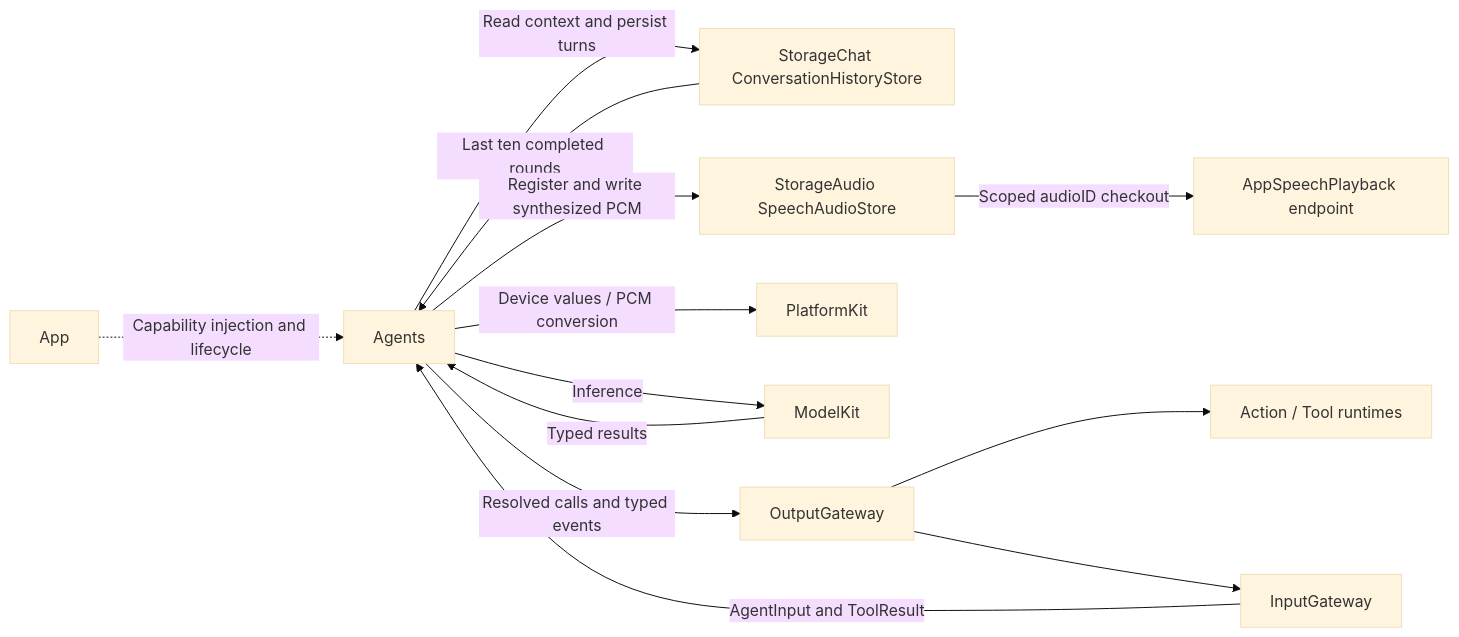
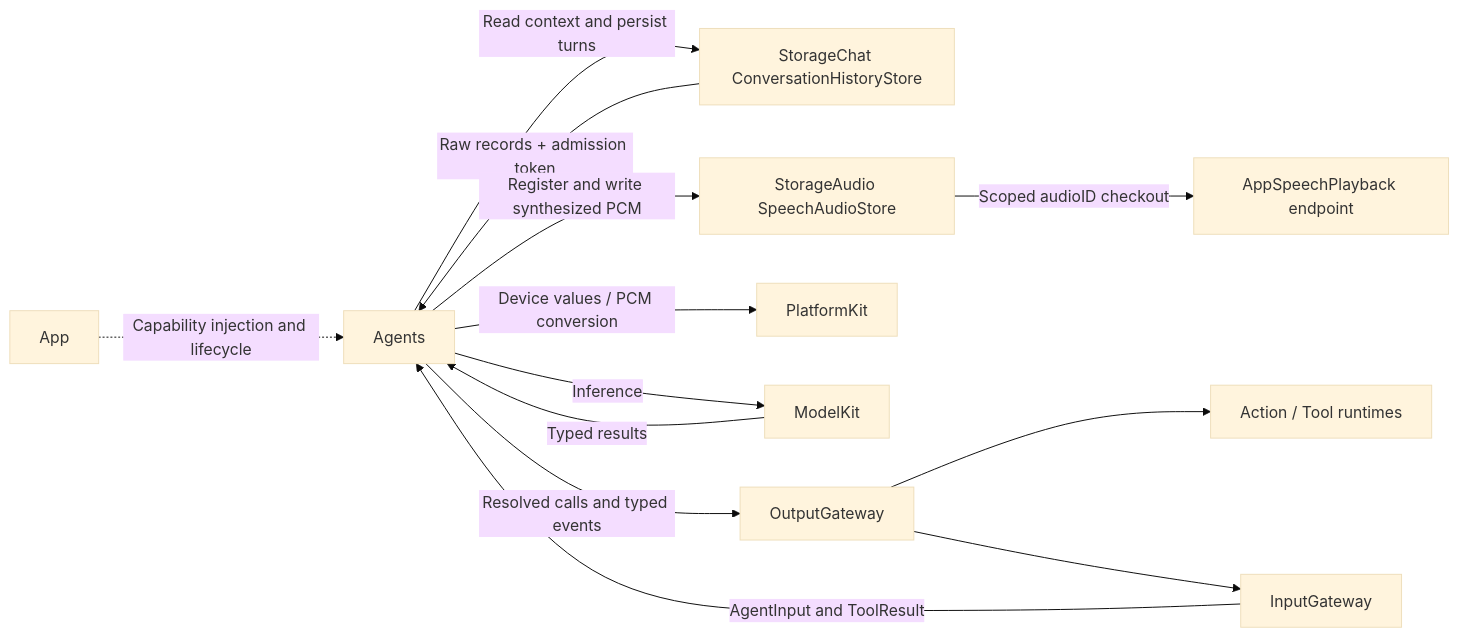
The first of 3 diagrams in MobileHarness/Agents/README.md (devilyouwei/MobileHarness), drawn with Mermaid (base theme) before and after one commit. The commit also changed other lines of this file and 44 other files, not shown here.

````diff
--- a/MobileHarness/Agents/README.md
+++ b/MobileHarness/Agents/README.md
@@ -26,15 +26,15 @@
 ```mermaid
 flowchart LR
     App -.->|Capability injection and lifecycle| Agents
     Input[InputGateway] -->|AgentInput and ToolResult| Agents
     Agents -->|Read context and persist turns| Storage[StorageChat ConversationHistoryStore]
-    Storage -->|Last ten completed rounds| Agents
+    Storage -->|Raw records + admission token| Agents
     Agents -->|Register and write synthesized PCM| Audio[StorageAudio SpeechAudioStore]
     Audio -->|Scoped audioID checkout| Playback[AppSpeechPlayback endpoint]
     Agents -->|Device values / PCM conversion| PlatformKit
     Agents -->|Inference| ModelKit
     ModelKit -->|Typed results| Agents
     Agents -->|Resolved calls and typed events| Output[OutputGateway]
     Output --> Runtime[Action / Tool runtimes]
     Output --> Input
 ```
````
